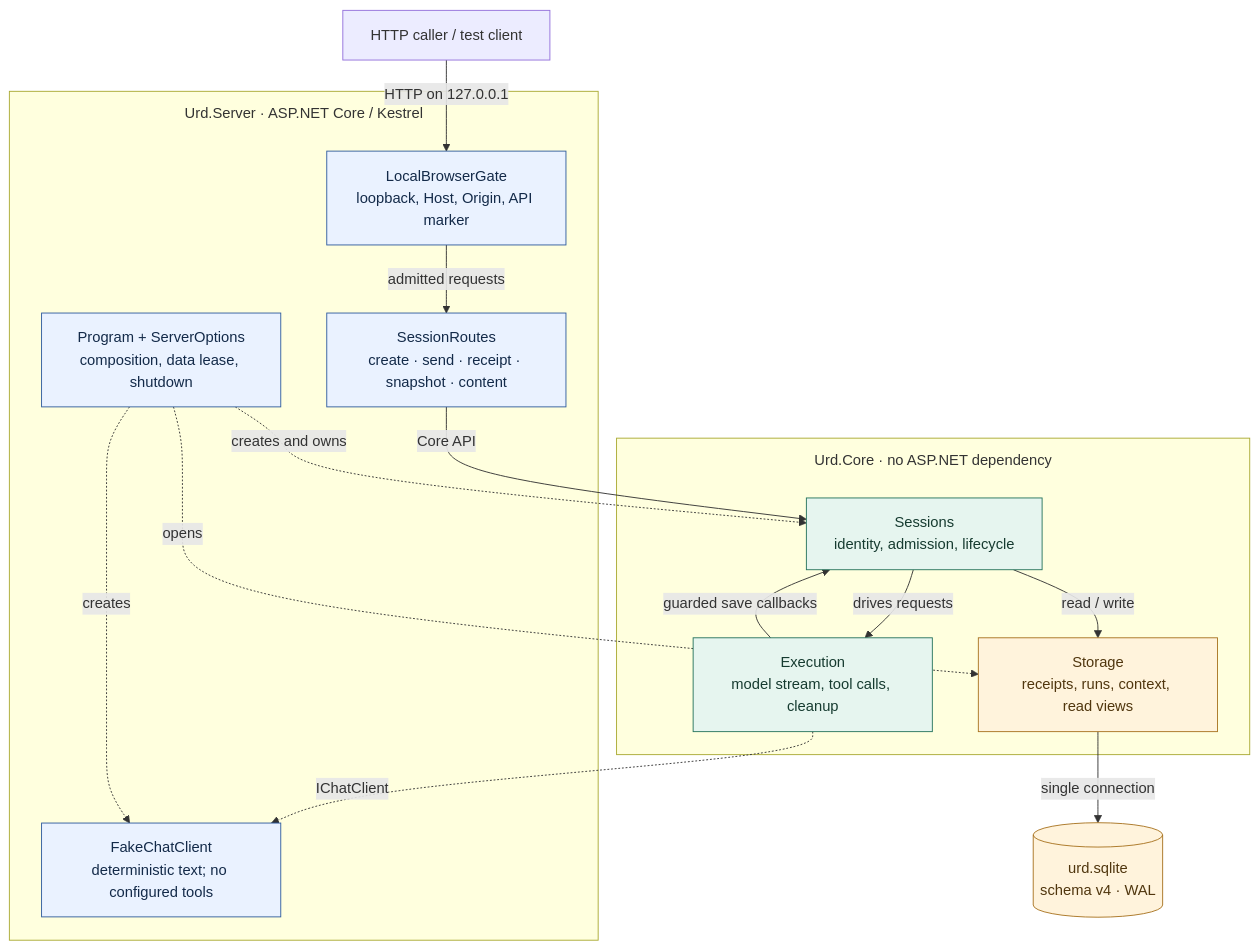
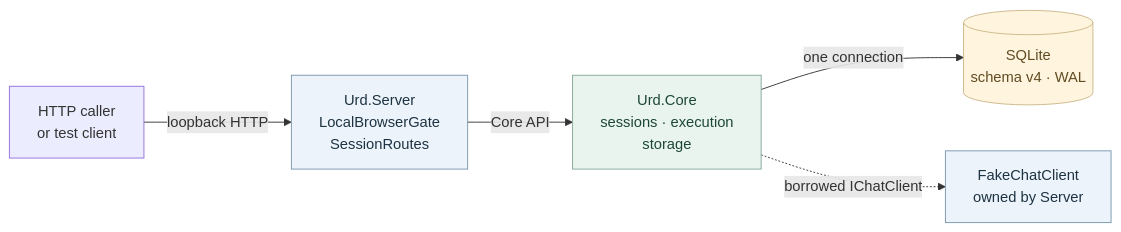
Before and after one commit to OwanL/urd: the first of 9 diagrams in docs/architecture-map.md, drawn with Mermaid. The commit also changed other lines of this file and 1 other file, not shown here.

Commit message:
docs: simplify architecture diagrams and improve visual navigation

````diff
--- a/docs/architecture-map.md
+++ b/docs/architecture-map.md
@@ -39,40 +39,18 @@
 ```mermaid
----
-config:
-  flowchart:
-    subGraphTitleMargin:
-      top: 12
-      bottom: 28
----
-flowchart TB
-  caller["HTTP caller / test client"]
-  subgraph server["Urd.Server · ASP.NET Core / Kestrel"]
-    host["Program + ServerOptions<br/>composition, data lease, shutdown"]
-    gate["LocalBrowserGate<br/>loopback, Host, Origin, API marker"]
-    routes["SessionRoutes<br/>create · send · receipt · snapshot · content"]
-    fake["FakeChatClient<br/>deterministic text; no configured tools"]
-  end
-  subgraph core["Urd.Core · no ASP.NET dependency"]
-    sessions["Sessions<br/>identity, admission, lifecycle"]
-    execution["Execution<br/>model stream, tool calls, cleanup"]
-    storage["Storage<br/>receipts, runs, context, read views"]
-  end
-  db[("urd.sqlite<br/>schema v4 · WAL")]
-  caller -->|HTTP on 127.0.0.1| gate
-  gate -->|admitted requests| routes
-  routes -->|Core API| sessions
-  sessions -->|drives requests| execution
-  execution -->|guarded save callbacks| sessions
-  sessions -->|read / write| storage
-  storage -->|single connection| db
-  execution -.->|IChatClient| fake
-  host -.->|creates and owns| sessions
-  host -.->|opens| storage
-  host -.->|creates| fake
-  classDef hosting fill:#eaf2ff,stroke:#315d9e,color:#132a49
-  classDef domain fill:#e6f5ef,stroke:#27745d,color:#163b30
-  classDef persisted fill:#fff3dc,stroke:#a87320,color:#50360e
-  class host,gate,routes,fake hosting
-  class sessions,execution domain
-  class storage,db persisted
+flowchart LR
+  caller["HTTP caller<br/>or test client"]
+  server["Urd.Server<br/>LocalBrowserGate<br/>SessionRoutes"]
+  core["Urd.Core<br/>sessions · execution<br/>storage"]
+  db[("SQLite<br/>schema v4 · WAL")]
+  fake["FakeChatClient<br/>owned by Server"]
+  caller -->|loopback HTTP| server
+  server -->|Core API| core
+  core -->|one connection| db
+  core -.->|borrowed IChatClient| fake
+  classDef host fill:#edf3fa,stroke:#7895ad,color:#1d3343
+  classDef domain fill:#eaf4ef,stroke:#82a896,color:#1c4738
+  classDef data fill:#fff5df,stroke:#cbb789,color:#614b22
+  class server,fake host
+  class core domain
+  class db data
 ```
````
